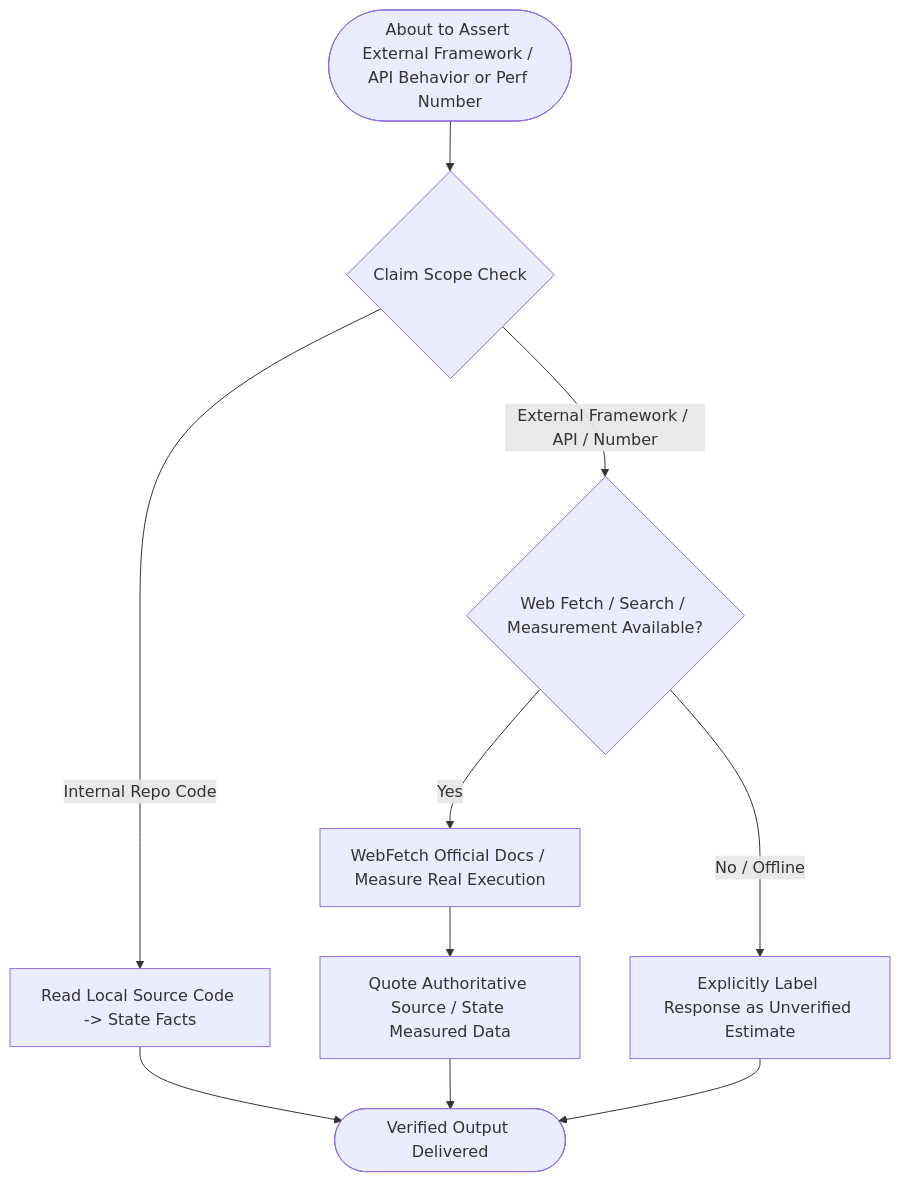
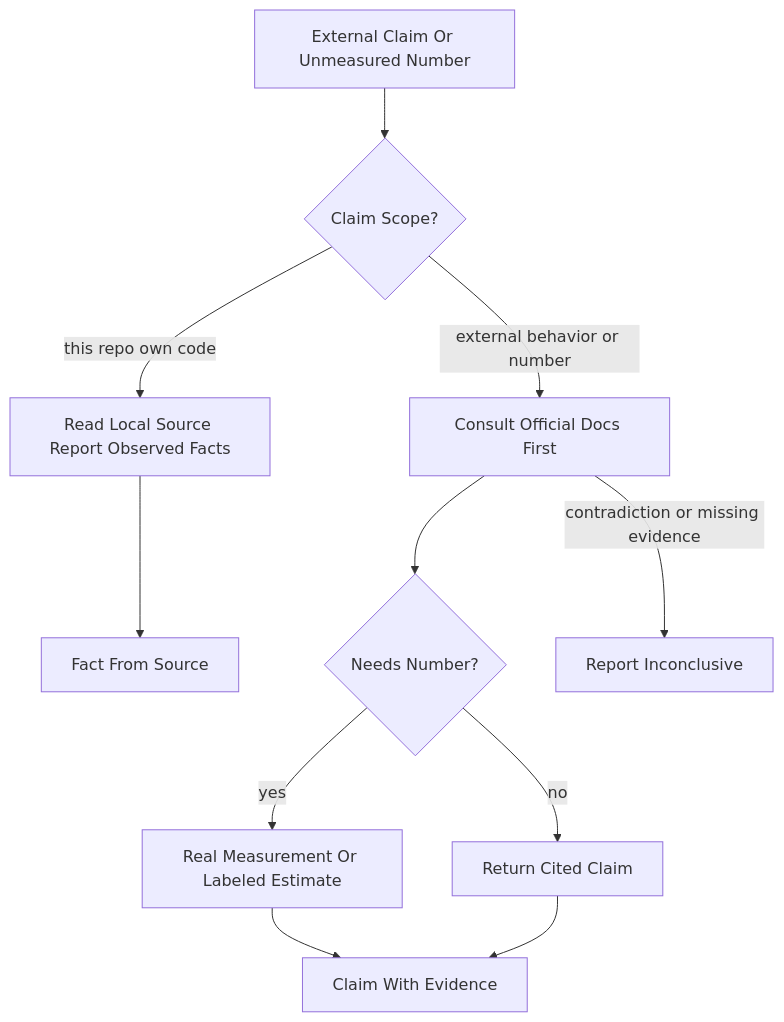
The first of 3 diagrams in docs/workflows/verify-before-claim.md (dyphn1/Harness-everything), drawn with Mermaid before and after one commit. The commit also changed other lines of this file and 16 other files, not shown here.

````diff
--- a/docs/workflows/verify-before-claim.md
+++ b/docs/workflows/verify-before-claim.md
@@ -11,14 +11,13 @@
 ```mermaid
 graph TD
-  Start([About to Assert External Framework / API Behavior or Perf Number]) --> CheckScope{Claim Scope Check}
-  CheckScope -->|Internal Repo Code| ReadSource["Read Local Source Code -> State Facts"]
-  CheckScope -->|External Framework / API / Number| CheckNet{Web Fetch / Search / Measurement Available?}
-  
-  CheckNet -->|Yes| FetchDocs["WebFetch Official Docs / Measure Real Execution"]
-  CheckNet -->|No / Offline| EstimateFallback["Explicitly Label Response as Unverified Estimate"]
-  
-  FetchDocs --> CiteDocs["Quote Authoritative Source / State Measured Data"]
-  ReadSource --> End([Verified Output Delivered])
-  CiteDocs --> End
-  EstimateFallback --> End
+  Claim[External Claim Or Unmeasured Number] --> Scope{Claim Scope?}
+  Scope -->|this repo own code| Local[Read Local Source Report Observed Facts]
+  Scope -->|external behavior or number| Official[Consult Official Docs First]
+  Official --> Numbers{Needs Number?}
+  Numbers -->|yes| Measure[Real Measurement Or Labeled Estimate]
+  Numbers -->|no| Cite[Return Cited Claim]
+  Measure --> Output[Claim With Evidence]
+  Cite --> Output
+  Local --> Output2[Fact From Source]
+  Official -->|contradiction or missing evidence| Inconclusive[Report Inconclusive]
 ```
````
